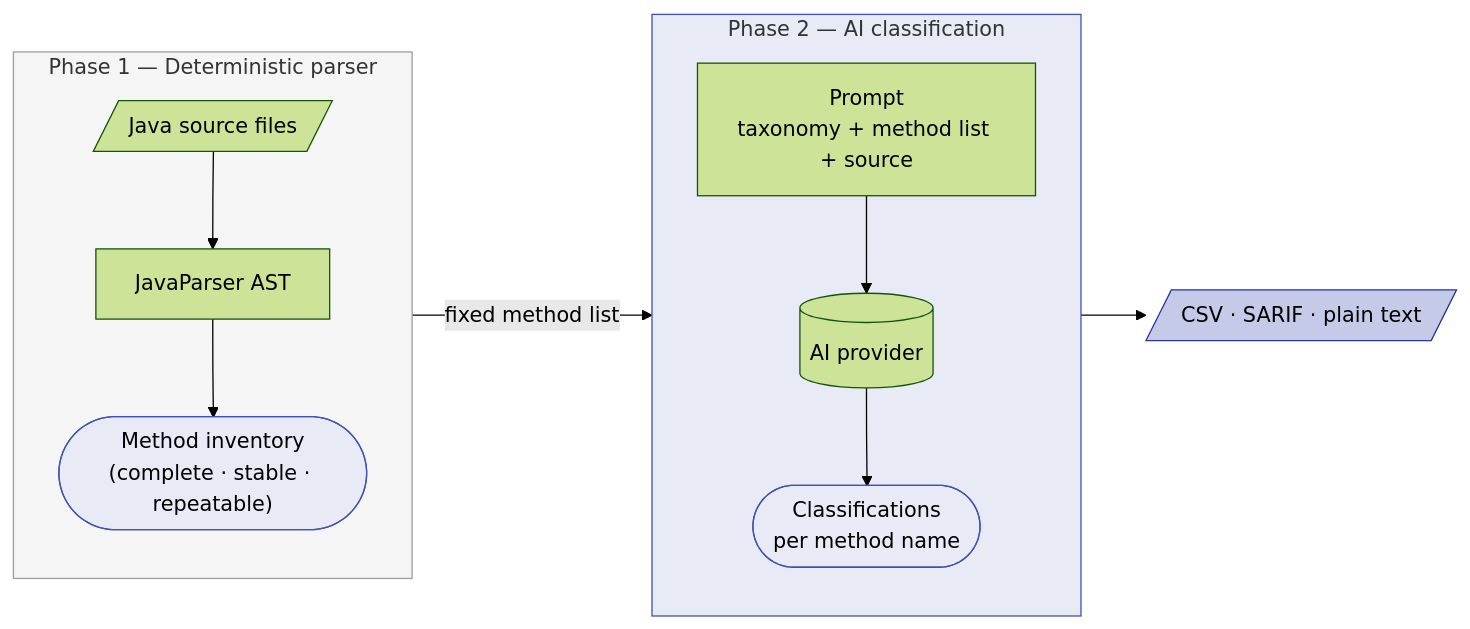
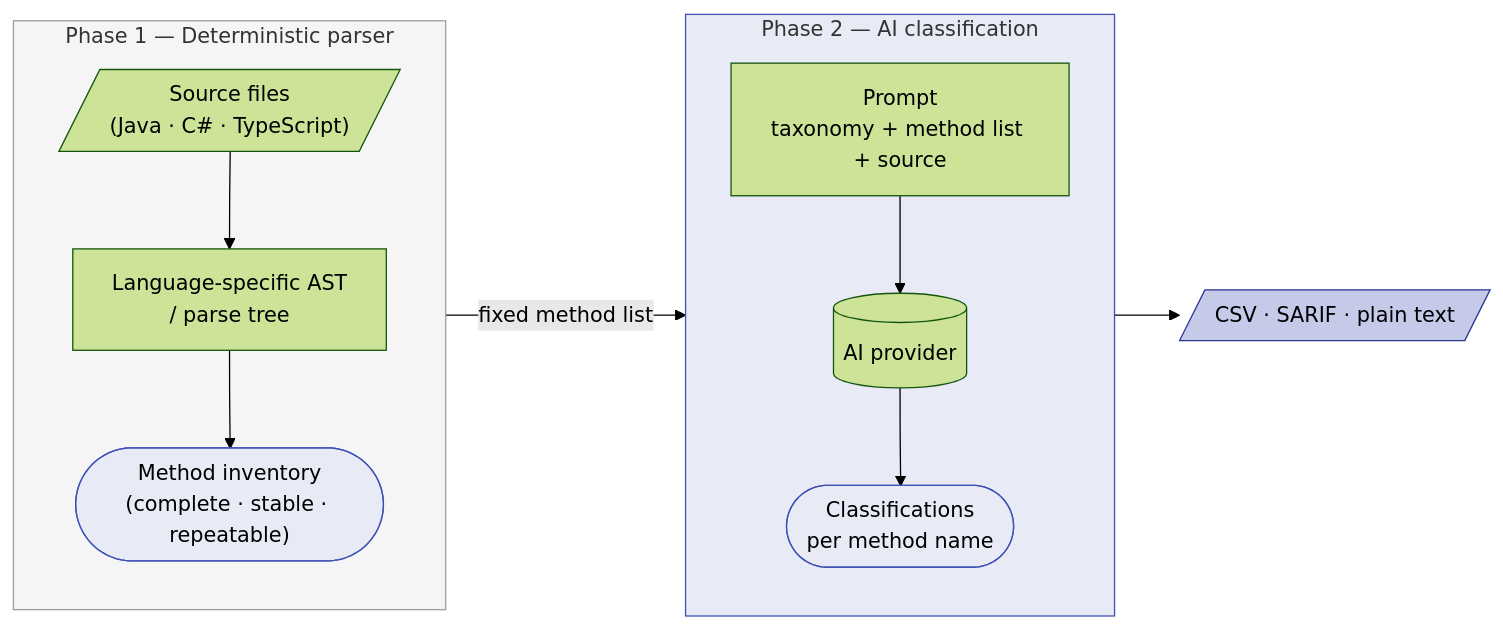
One commit to Accenture/MethodAtlas changed the second of 2 diagrams in docs/why-methodatlas.md. Above: the diagram before and after it, drawn with Mermaid (forest theme). The commit also changed other lines of this file and 54 other files, not shown here.

````diff
--- a/docs/why-methodatlas.md
+++ b/docs/why-methodatlas.md
@@ -71,20 +72,20 @@
 ```mermaid
 flowchart LR
     subgraph p1["Phase 1 — Deterministic parser"]
         direction TB
-        SRC[/"Java source files"/] --> AST["JavaParser AST"]
+        SRC[/"Source files\n(Java · C# · TypeScript)"/] --> AST["Language-specific AST\n/ parse tree"]
         AST --> ML(["Method inventory\n(complete · stable · repeatable)"])
     end
     subgraph p2["Phase 2 — AI classification"]
         direction TB
         PRM["Prompt\ntaxonomy + method list + source"] --> AI[("AI provider")]
         AI --> CL(["Classifications\nper method name"])
     end
     ML -->|"fixed method list"| PRM
     CL --> OUT[/"CSV · SARIF · plain text"/]
     style p1 fill:#f5f5f5,stroke:#9e9e9e
     style p2 fill:#e8eaf6,stroke:#3f51b5
     style ML fill:#e8eaf6,stroke:#3f51b5
     style CL fill:#e8eaf6,stroke:#3f51b5
     style OUT fill:#c5cae9,stroke:#283593
 ```
````
